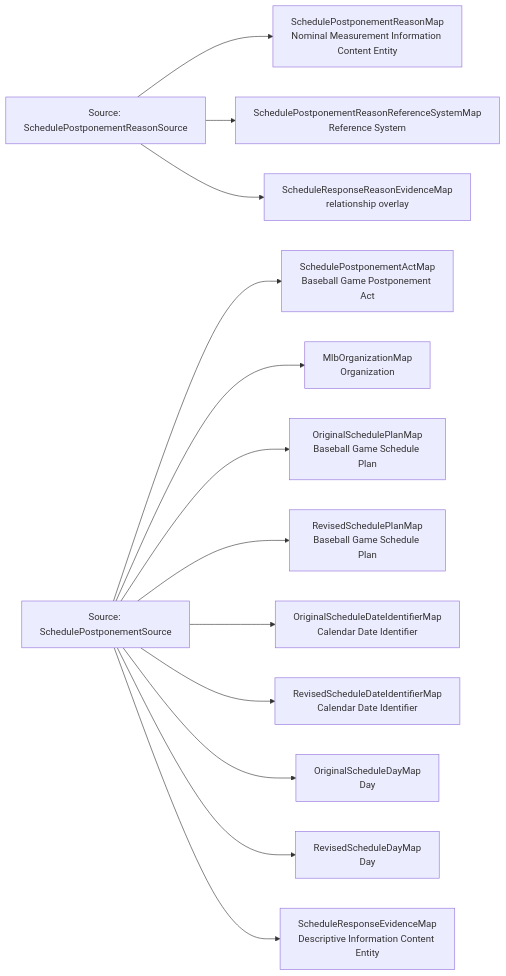
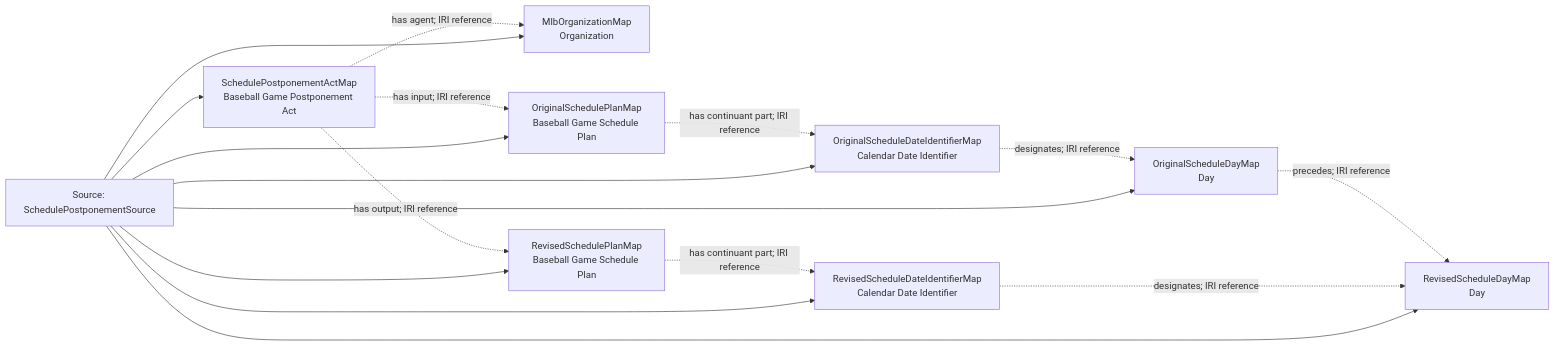
The diagram in Baseball/mermaid/patterns/mlb-game/60-game-postponement.md (CarterBeauBenson/BaseballO), drawn with Mermaid before and after one commit. The commit also changed other lines of this file and 152 other files, not shown here.

````diff
--- a/Baseball/mermaid/patterns/mlb-game/60-game-postponement.md
+++ b/Baseball/mermaid/patterns/mlb-game/60-game-postponement.md
@@ -10,29 +10,28 @@
 ```mermaid
 flowchart LR
-    S01["Source: SchedulePostponementReasonSource"]
-    S02["Source: SchedulePostponementSource"]
+    S01["Source: SchedulePostponementSource"]
     M01["SchedulePostponementActMap<br/>Baseball Game Postponement Act"]
     M02["MlbOrganizationMap<br/>Organization"]
     M03["OriginalSchedulePlanMap<br/>Baseball Game Schedule Plan"]
     M04["RevisedSchedulePlanMap<br/>Baseball Game Schedule Plan"]
     M05["OriginalScheduleDateIdentifierMap<br/>Calendar Date Identifier"]
     M06["RevisedScheduleDateIdentifierMap<br/>Calendar Date Identifier"]
     M07["OriginalScheduleDayMap<br/>Day"]
     M08["RevisedScheduleDayMap<br/>Day"]
-    M09["SchedulePostponementReasonMap<br/>Nominal Measurement Information Content Entity"]
-    M10["SchedulePostponementReasonReferenceSystemMap<br/>Reference System"]
-    M11["ScheduleResponseEvidenceMap<br/>Descriptive Information Content Entity"]
-    M12["ScheduleResponseReasonEvidenceMap<br/>relationship overlay"]
-    S02 --> M01
-    S02 --> M02
-    S02 --> M03
-    S02 --> M04
-    S02 --> M05
-    S02 --> M06
-    S02 --> M07
-    S02 --> M08
-    S01 --> M09
-    S01 --> M10
-    S02 --> M11
-    S01 --> M12
+    S01 --> M01
+    S01 --> M02
+    S01 --> M03
+    S01 --> M04
+    S01 --> M05
+    S01 --> M06
+    S01 --> M07
+    S01 --> M08
+    M01 -.->|has agent; IRI reference| M02
+    M01 -.->|has input; IRI reference| M03
+    M01 -.->|has output; IRI reference| M04
+    M03 -.->|has continuant part; IRI reference| M05
+    M04 -.->|has continuant part; IRI reference| M06
+    M05 -.->|designates; IRI reference| M07
+    M06 -.->|designates; IRI reference| M08
+    M07 -.->|precedes; IRI reference| M08
 ```
````
